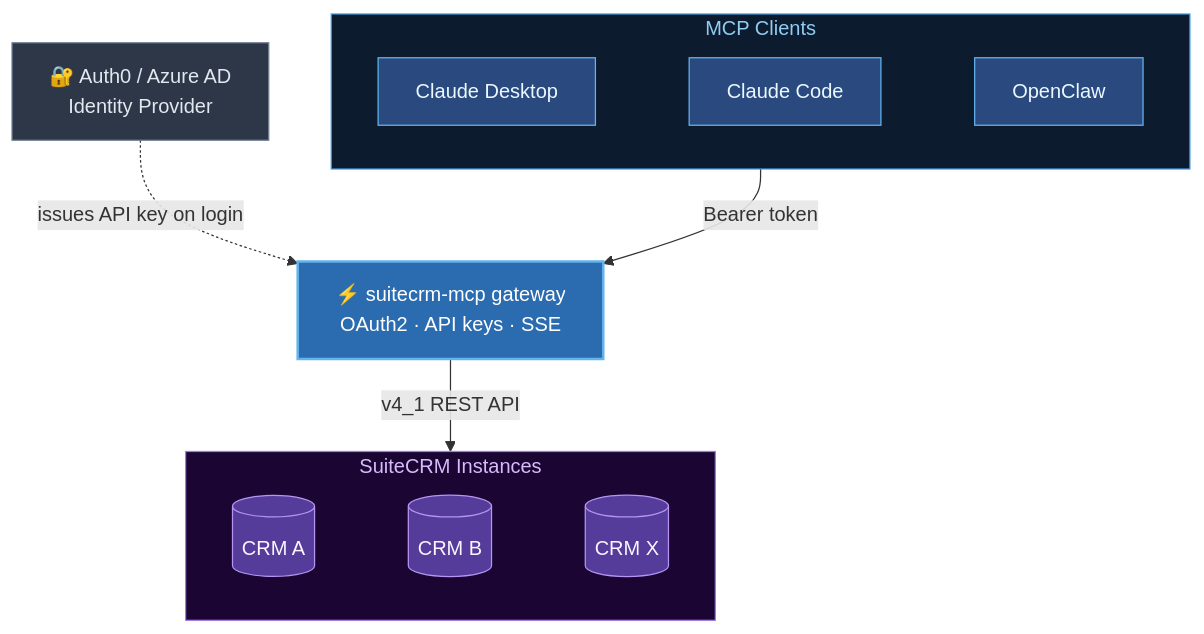
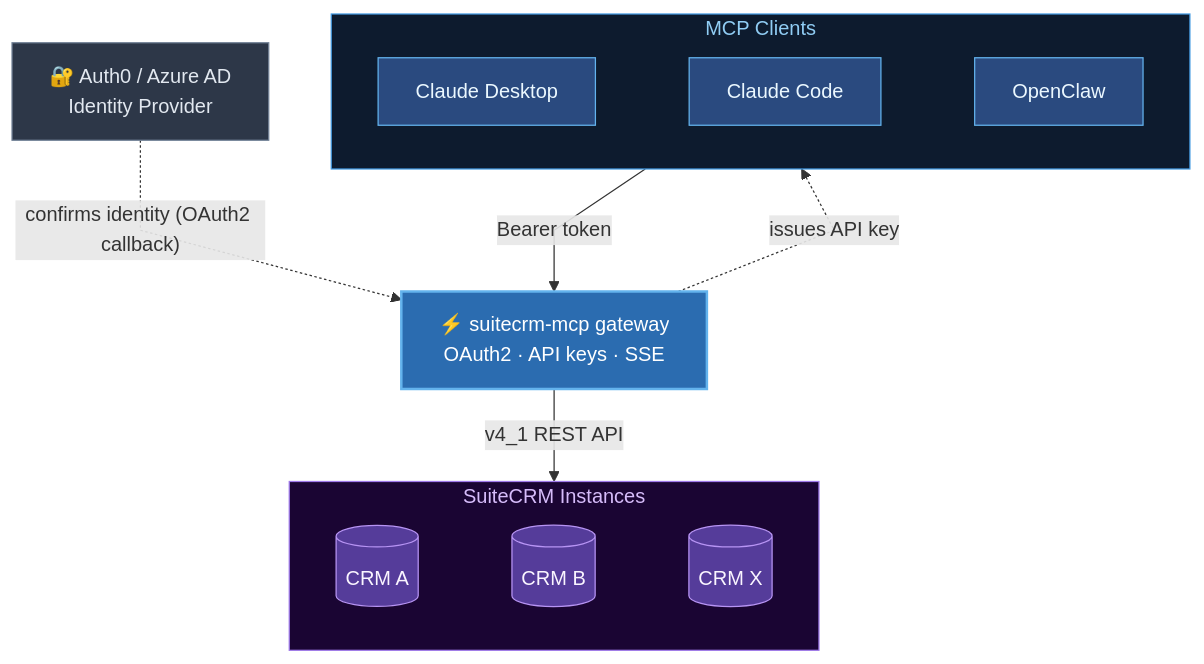
One commit to Anirudhx7/suitecrm-mcp changed the diagram in README.md. Above: the diagram before and after it, drawn with Mermaid. The commit also changed 1 other file, not shown here.

Commit message:
fix: correct architecture diagram labels and add observability docs section
- Fix IdP arrow label: 'issues API key on login' -> 'confirms identity (OAuth2 callback)'
- Add Gateway -> Clients dashed arrow labeled 'issues API key' in both README and docs.html SVG
- Add Mermaid linear curve init directive to README diagram
- Add full Observability section to docs.html (sidebar + Prometheus/Grafana/Loki/alerting content)

````diff
--- a/README.md
+++ b/README.md
@@ -98,29 +98,31 @@
 ```mermaid
+%%{init: {"flowchart": {"curve": "linear"}}}%%
 flowchart TB
     IdP["🔐 Auth0 / Azure AD\nIdentity Provider"]
 
     subgraph Clients["MCP Clients"]
         CD["Claude Desktop"] ~~~ CC["Claude Code"] ~~~ OC["OpenClaw"]
     end
 
     GW["⚡ suitecrm-mcp gateway\nOAuth2 · API keys · SSE"]
 
     subgraph CRMs["SuiteCRM Instances"]
         C1[("CRM A")] ~~~ C2[("CRM B")] ~~~ CX[("CRM X")]
     end
 
-    IdP -.->|"issues API key on login"| GW
+    IdP -.->|"confirms identity (OAuth2 callback)"| GW
+    GW -.->|"issues API key"| Clients
     Clients -->|"Bearer token"| GW
     GW -->|"v4_1 REST API"| CRMs
 
     style GW fill:#2b6cb0,stroke:#63b3ed,stroke-width:2px,color:#fff
     style IdP fill:#2d3748,stroke:#718096,color:#e2e8f0
     style CD fill:#2a4a7f,stroke:#63b3ed,stroke-width:1px,color:#ebf8ff
     style CC fill:#2a4a7f,stroke:#63b3ed,stroke-width:1px,color:#ebf8ff
     style OC fill:#2a4a7f,stroke:#63b3ed,stroke-width:1px,color:#ebf8ff
     style C1 fill:#553c9a,stroke:#b794f4,stroke-width:1px,color:#faf5ff
     style C2 fill:#553c9a,stroke:#b794f4,stroke-width:1px,color:#faf5ff
     style CX fill:#553c9a,stroke:#b794f4,stroke-width:1px,color:#faf5ff
     style Clients fill:#0d1b2e,stroke:#4299e1,stroke-width:1px,color:#90cdf4
     style CRMs fill:#1a0533,stroke:#9f7aea,stroke-width:1px,color:#d6bcfa
 ```
````
